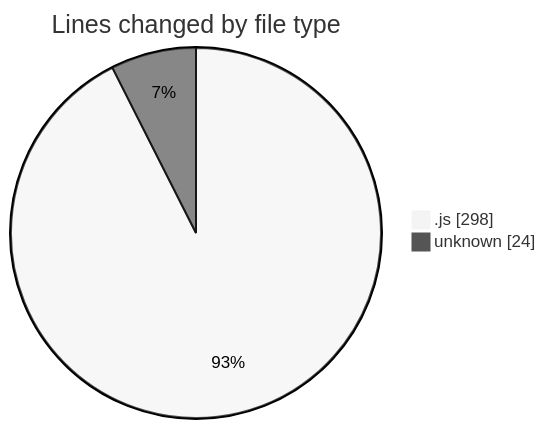
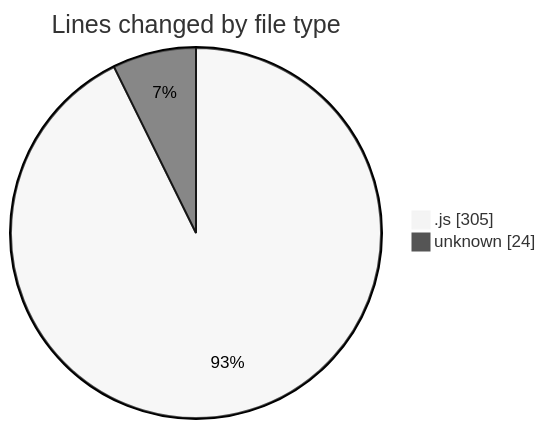
Before and after one commit to momahboobian/code-tracking: the first of 2 diagrams in 2025-02-05/cda/README.md, drawn with Mermaid (neutral theme). The commit also changed other lines of this file and 1 other file, not shown here.

````diff
--- a/2025-02-05/cda/README.md
+++ b/2025-02-05/cda/README.md
@@ -27,6 +27,6 @@
 ```mermaid
 pie showData
 title Lines changed by file type
-".js" : 298
+".js" : 305
 "unknown" : 24
 ```
````
